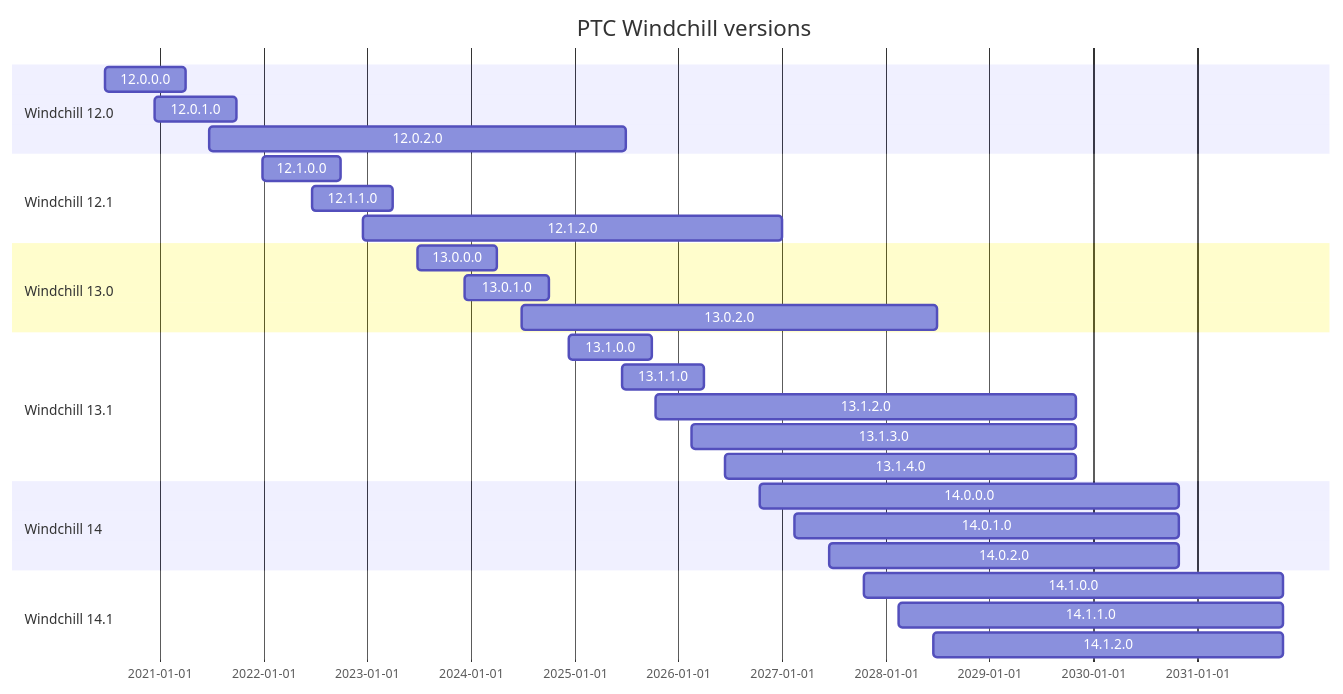
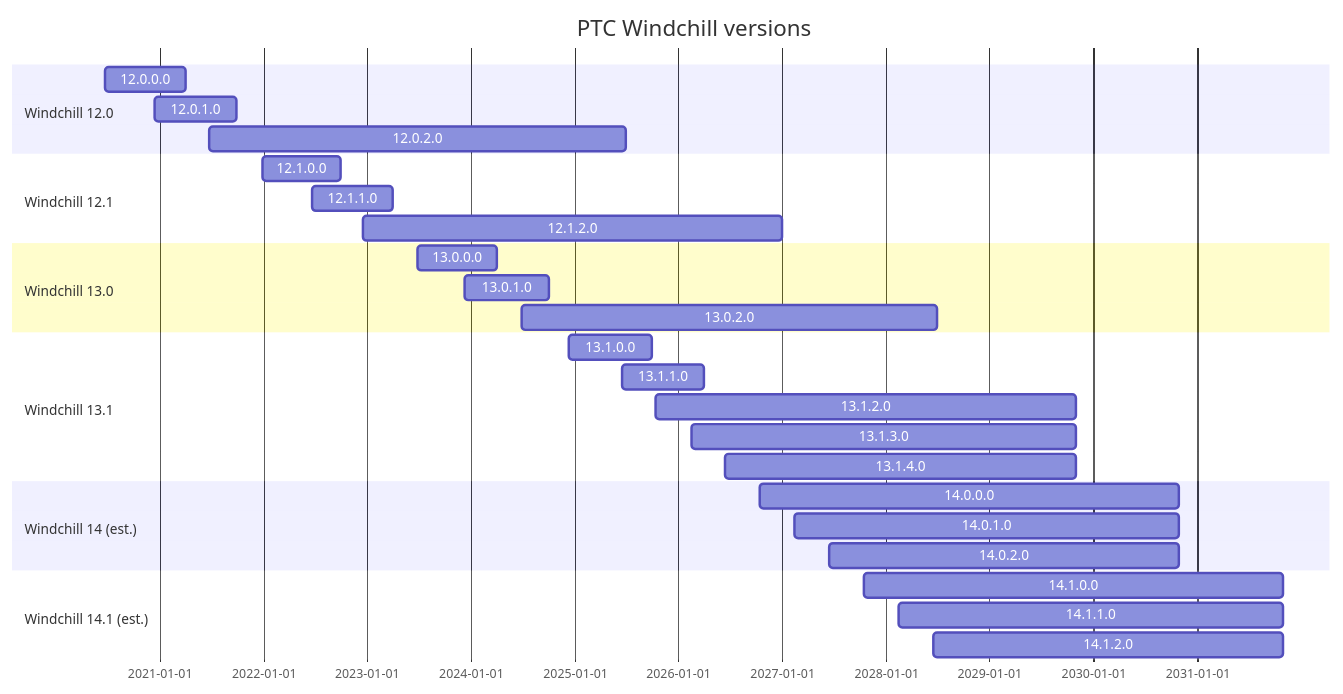
The eighth of 8 diagrams in README.md (kendid/text-tests), drawn with Mermaid before and after one commit.

Commit message:
Update Gantt

````diff
--- a/README.md
+++ b/README.md
@@ -174,38 +174,37 @@
 ```mermaid
 gantt
     title PTC Windchill versions
     dateFormat YYYY-MM-DD
-	todayMarker off
 
 section Windchill 12.0
     12.0.0.0 : 2020-06-22, 2021-03-31
     12.0.1.0 : 2020-12-15, 2021-09-30
     12.0.2.0 : 2021-06-23, 2025-06-30
 
 section Windchill 12.1
     12.1.0.0 : 2021-12-29, 2022-09-30
     12.1.1.0 : 2022-06-21, 2023-03-31
     12.1.2.0 : 2022-12-19, 2026-12-30
 
 section Windchill 13.0
     13.0.0.0 : 2023-06-26, 2024-03-31
     13.0.1.0 : 2023-12-11, 2024-09-30
     13.0.2.0 : 2024-06-28, 2028-06-30
 
 section Windchill 13.1
     13.1.0.0 : 2024-12-13, 2025-09-30
 	13.1.1.0 : 2025-06-18, 2026-03-31
     13.1.2.0 : 2025-10-13, 2029-10-31
     13.1.3.0 : 2026-02-17, 2029-10-31
     13.1.4.0 : 2026-06-15, 2029-10-31
 
-section Windchill 14
+section Windchill 14 (est.)
     14.0.0.0 : 2026-10-15, 2030-10-31
     14.0.1.0 : 2027-02-15, 2030-10-31
     14.0.2.0 : 2027-06-15, 2030-10-31
 
-section Windchill 14.1
+section Windchill 14.1 (est.)
     14.1.0.0 : 2027-10-15, 2031-10-31
     14.1.1.0 : 2028-02-15, 2031-10-31
     14.1.2.0 : 2028-06-15, 2031-10-31
 ```
````
